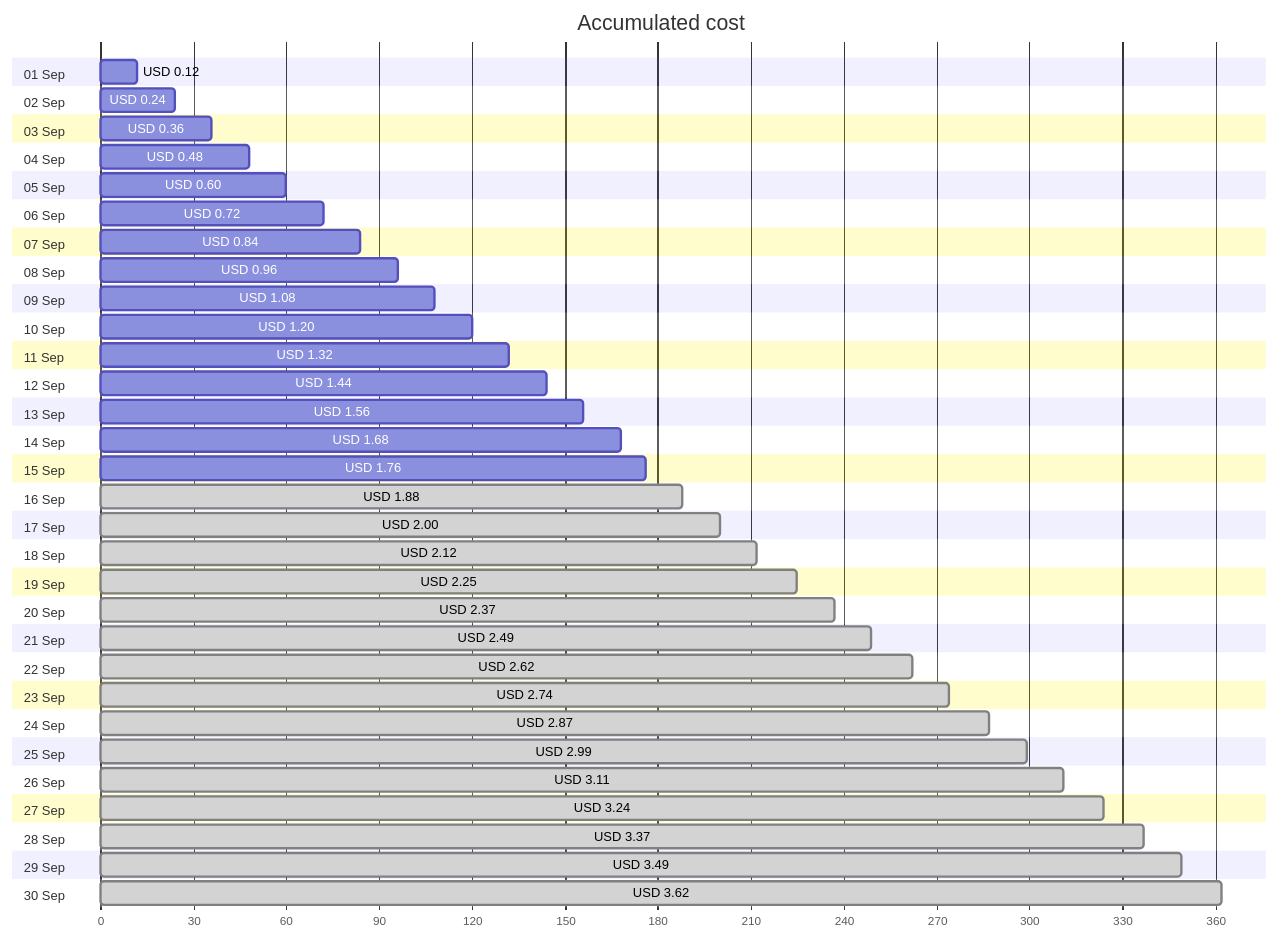
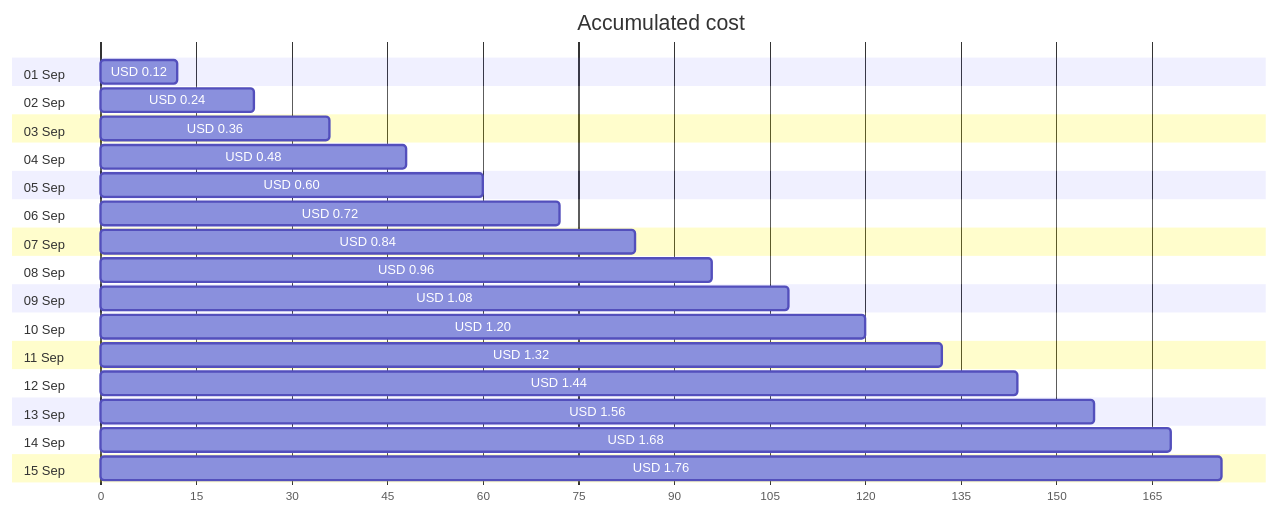
The first of 4 diagrams in cost-reports/personal-network/linux-dev-public-ip.md (jpfulton/azure-personal-reports), drawn with Mermaid before and after one commit. The commit also changed other lines of this file and 14 other files, not shown here.

````diff
--- a/cost-reports/personal-network/linux-dev-public-ip.md
+++ b/cost-reports/personal-network/linux-dev-public-ip.md
@@ -20,66 +20,36 @@
 ```mermaid
 gantt
    title Accumulated cost
    dateFormat  X
    axisFormat %s
    section 01 Sep
    USD 0.12 :0, 12
    section 02 Sep
    USD 0.24 :0, 24
    section 03 Sep
    USD 0.36 :0, 36
    section 04 Sep
    USD 0.48 :0, 48
    section 05 Sep
    USD 0.60 :0, 60
    section 06 Sep
    USD 0.72 :0, 72
    section 07 Sep
    USD 0.84 :0, 84
    section 08 Sep
    USD 0.96 :0, 96
    section 09 Sep
    USD 1.08 :0, 108
    section 10 Sep
    USD 1.20 :0, 120
    section 11 Sep
    USD 1.32 :0, 132
    section 12 Sep
    USD 1.44 :0, 144
    section 13 Sep
    USD 1.56 :0, 156
    section 14 Sep
    USD 1.68 :0, 168
    section 15 Sep
    USD 1.76 :0, 176
-   section 16 Sep
-   USD 1.88 : done, 0, 188
-   section 17 Sep
-   USD 2.00 : done, 0, 200
-   section 18 Sep
-   USD 2.12 : done, 0, 212
-   section 19 Sep
-   USD 2.25 : done, 0, 225
-   section 20 Sep
-   USD 2.37 : done, 0, 237
-   section 21 Sep
-   USD 2.49 : done, 0, 249
-   section 22 Sep
-   USD 2.62 : done, 0, 262
-   section 23 Sep
-   USD 2.74 : done, 0, 274
-   section 24 Sep
-   USD 2.87 : done, 0, 287
-   section 25 Sep
-   USD 2.99 : done, 0, 299
-   section 26 Sep
-   USD 3.11 : done, 0, 311
-   section 27 Sep
-   USD 3.24 : done, 0, 324
-   section 28 Sep
-   USD 3.37 : done, 0, 337
-   section 29 Sep
-   USD 3.49 : done, 0, 349
-   section 30 Sep
-   USD 3.62 : done, 0, 362
 ```
````
